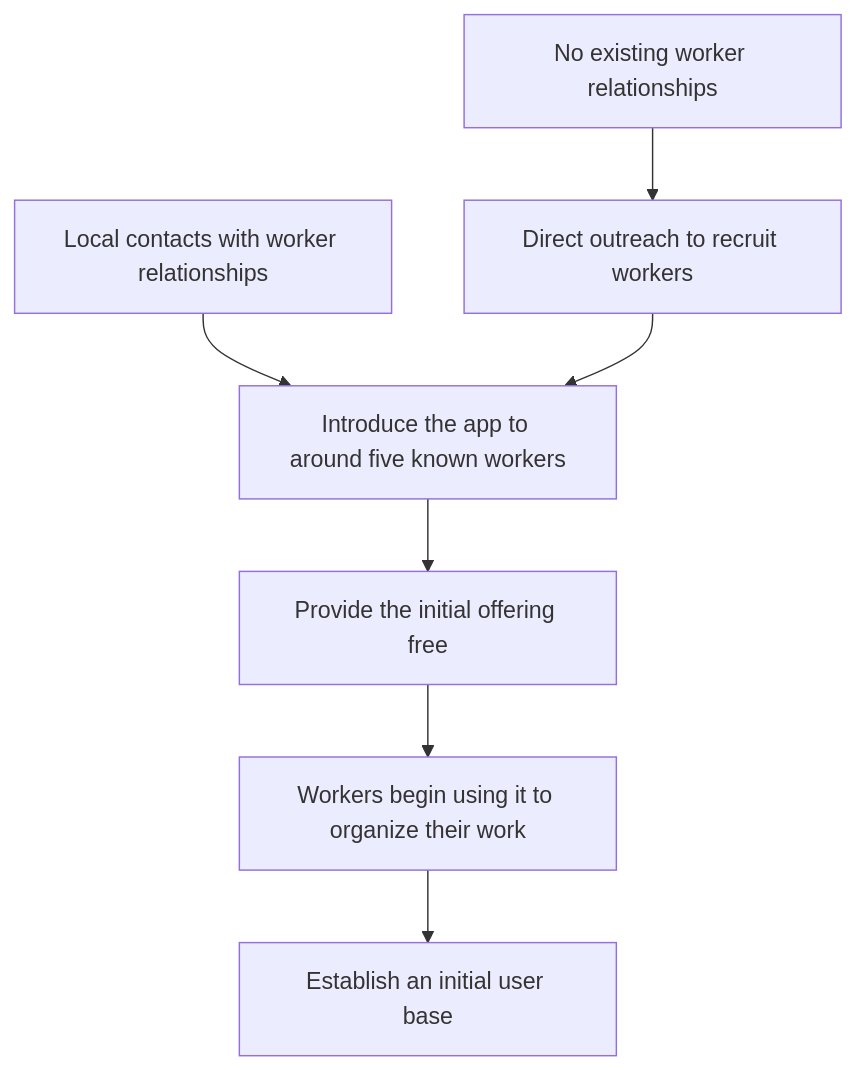
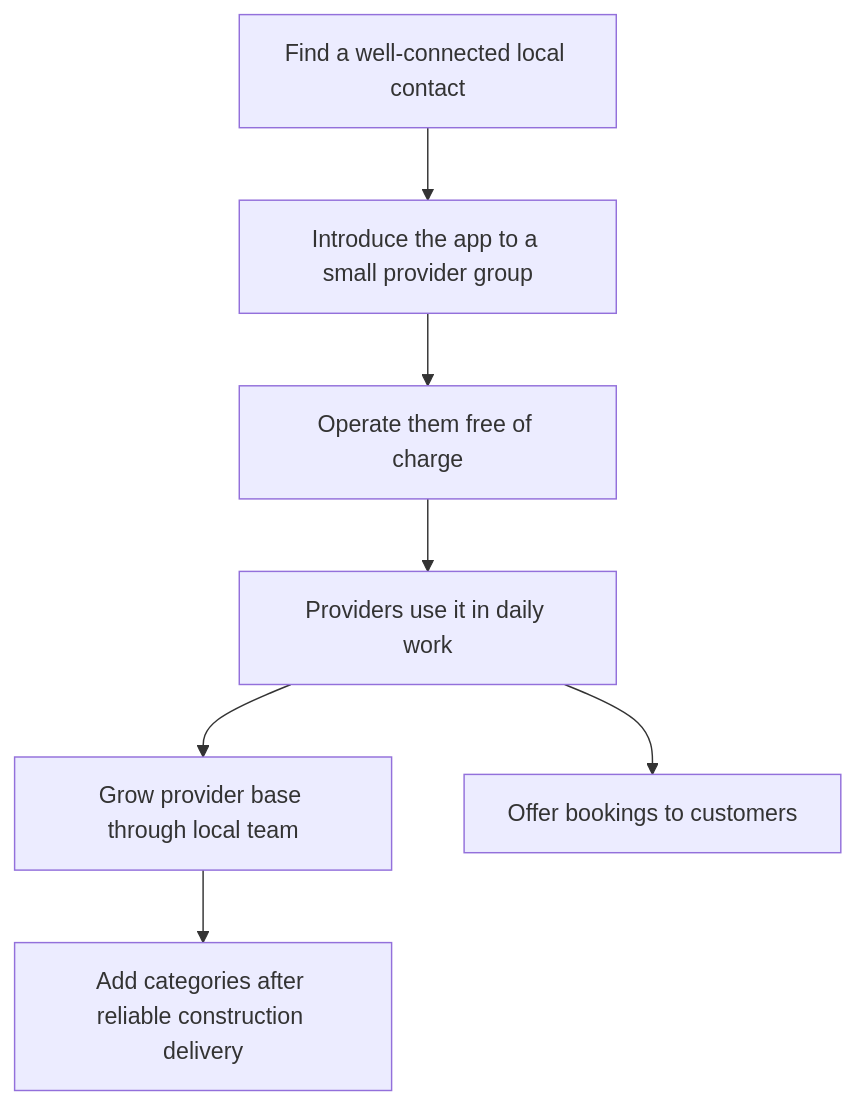
One commit to Artimunor/bookbuddy changed the fourth of 5 diagrams in docs/reports/2026-11-21-builders-company-idea.md. Above: the diagram before and after it, drawn with Mermaid. The commit also changed other lines of this file, not shown here.

First line of the commit message:
docs: rework company idea with markets, competitors and team features

````diff
--- a/docs/reports/2026-11-21-builders-company-idea.md
+++ b/docs/reports/2026-11-21-builders-company-idea.md
@@ -31,9 +111,9 @@
 ```mermaid
 flowchart TD
-    A["Local contacts with worker relationships"] --> B["Introduce the app to around five known workers"]
-    B --> C["Provide the initial offering free"]
-    C --> D["Workers begin using it to organize their work"]
-    D --> E["Establish an initial user base"]
-    F["No existing worker relationships"] --> G["Direct outreach to recruit workers"]
-    G --> B
+    A["Find a well-connected local contact"] --> B["Introduce the app to a small provider group"]
+    B --> C["Operate them free of charge"]
+    C --> D["Providers use it in daily work"]
+    D --> E["Grow provider base through local team"]
+    D --> F["Offer bookings to customers"]
+    E --> G["Add categories after reliable construction delivery"]
 ```
````
